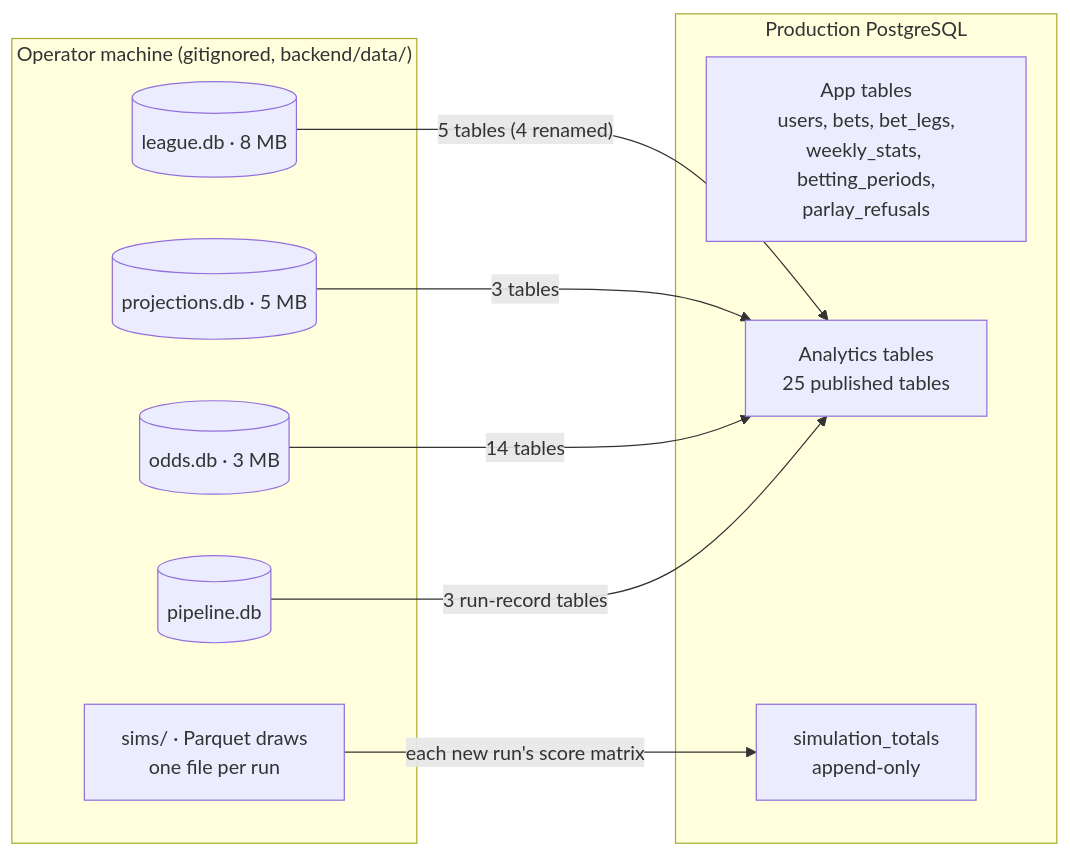
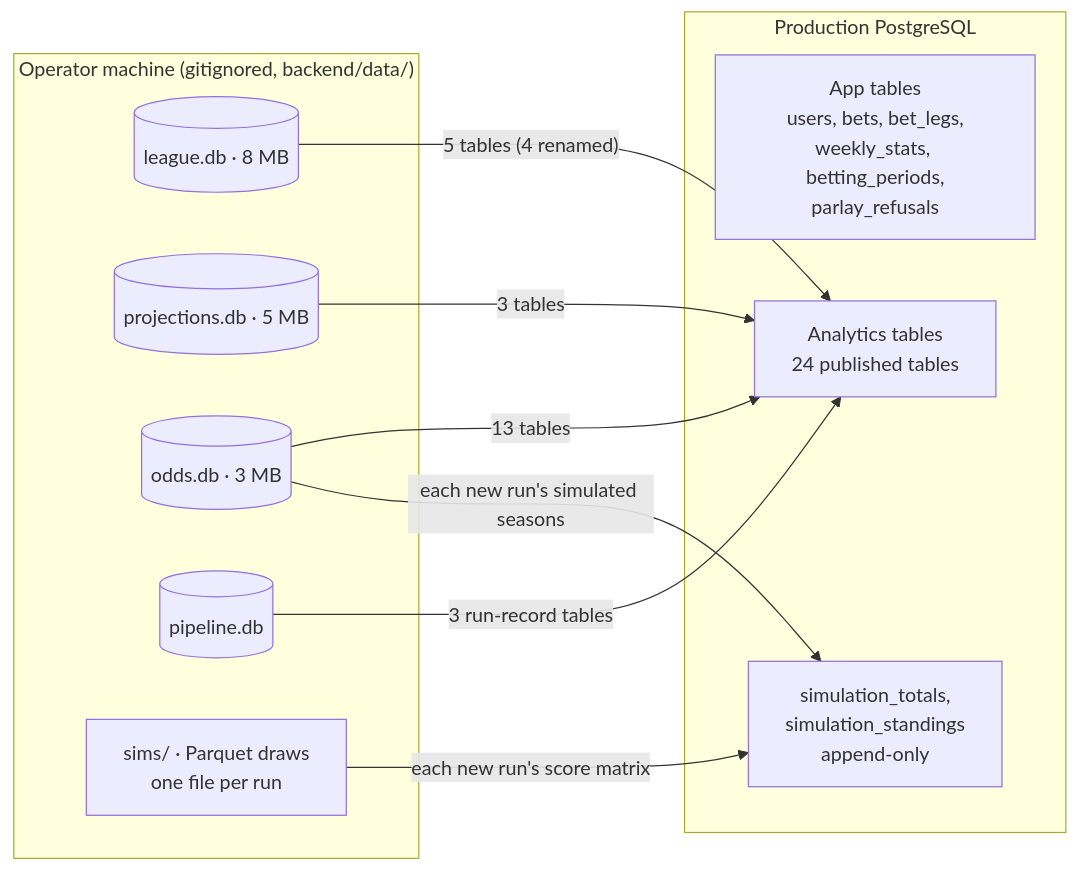
The first of 3 diagrams in docs/architecture/04-data-model.md (sfaizi24/TNCasino), drawn with Mermaid before and after one commit. The commit also changed other lines of this file and 8 other files, not shown here.

````diff
--- a/docs/architecture/04-data-model.md
+++ b/docs/architecture/04-data-model.md
@@ -7,20 +7,21 @@
 ```mermaid
 flowchart LR
     subgraph Local["Operator machine (gitignored, backend/data/)"]
         L[(league.db · 8 MB)]
         P[(projections.db · 5 MB)]
         O[(odds.db · 3 MB)]
         R[(pipeline.db)]
         D["sims/ · Parquet draws<br/>one file per run"]
     end
     subgraph PG["Production PostgreSQL"]
         APPT[App tables<br/>users, bets, bet_legs,<br/>weekly_stats, betting_periods,<br/>parlay_refusals]
-        ANT[Analytics tables<br/>25 published tables]
-        TOT[simulation_totals<br/>append-only]
+        ANT[Analytics tables<br/>24 published tables]
+        TOT[simulation_totals,<br/>simulation_standings<br/>append-only]
     end
     L -- "5 tables (4 renamed)" --> ANT
     P -- "3 tables" --> ANT
-    O -- "14 tables" --> ANT
+    O -- "13 tables" --> ANT
     R -- "3 run-record tables" --> ANT
     D -- "each new run's score matrix" --> TOT
+    O -- "each new run's simulated seasons" --> TOT
 ```
````
